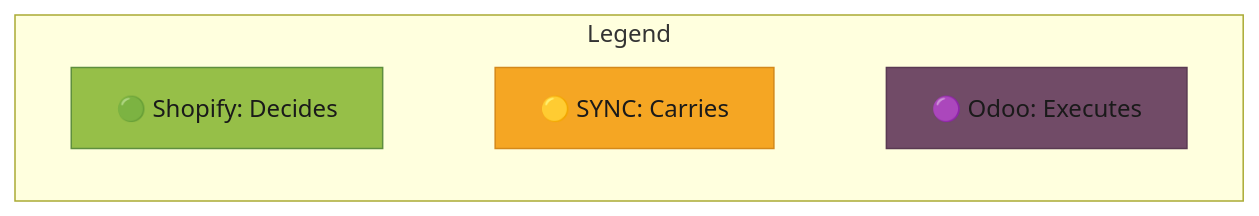
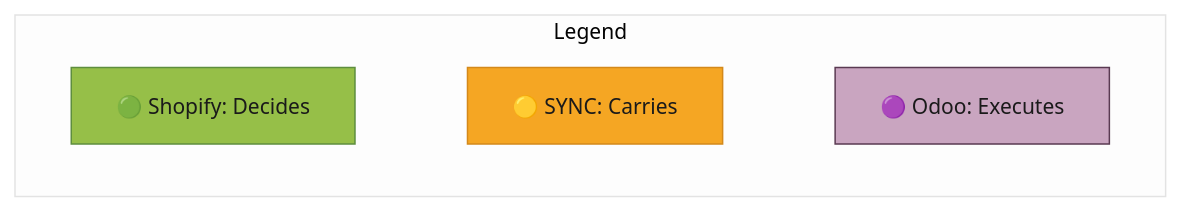
One commit to ozan-droid/documents changed diagram 11 of 11 in shopify-sync-odoo-scenarios.md. Above: the diagram before and after it, drawn with Mermaid. The commit also changed other lines of this file, not shown here.

````diff
--- a/shopify-sync-odoo-scenarios.md
+++ b/shopify-sync-odoo-scenarios.md
@@ -412,11 +416,12 @@
 ```mermaid
+%%{init: {'theme': 'base', 'themeVariables': {'primaryColor': '#f0f0f0', 'primaryTextColor': '#1a1a1a', 'lineColor': '#555', 'textColor': '#1a1a1a', 'fontSize': '14px'}}}%%
 graph TB
     subgraph Legend
         direction LR
         A["🟢 Shopify: Decides"] ~~~ B["🟡 SYNC: Carries"] ~~~ C["🟣 Odoo: Executes"]
     end
 
     style A fill:#96bf48,stroke:#5e8e3e,color:#1a1a1a
     style B fill:#f5a623,stroke:#d4891a,color:#1a1a1a
-    style C fill:#714b67,stroke:#5a3a52,color:#1a1a1a
+    style C fill:#c9a5c0,stroke:#5a3a52,color:#1a1a1a
 ```
````
